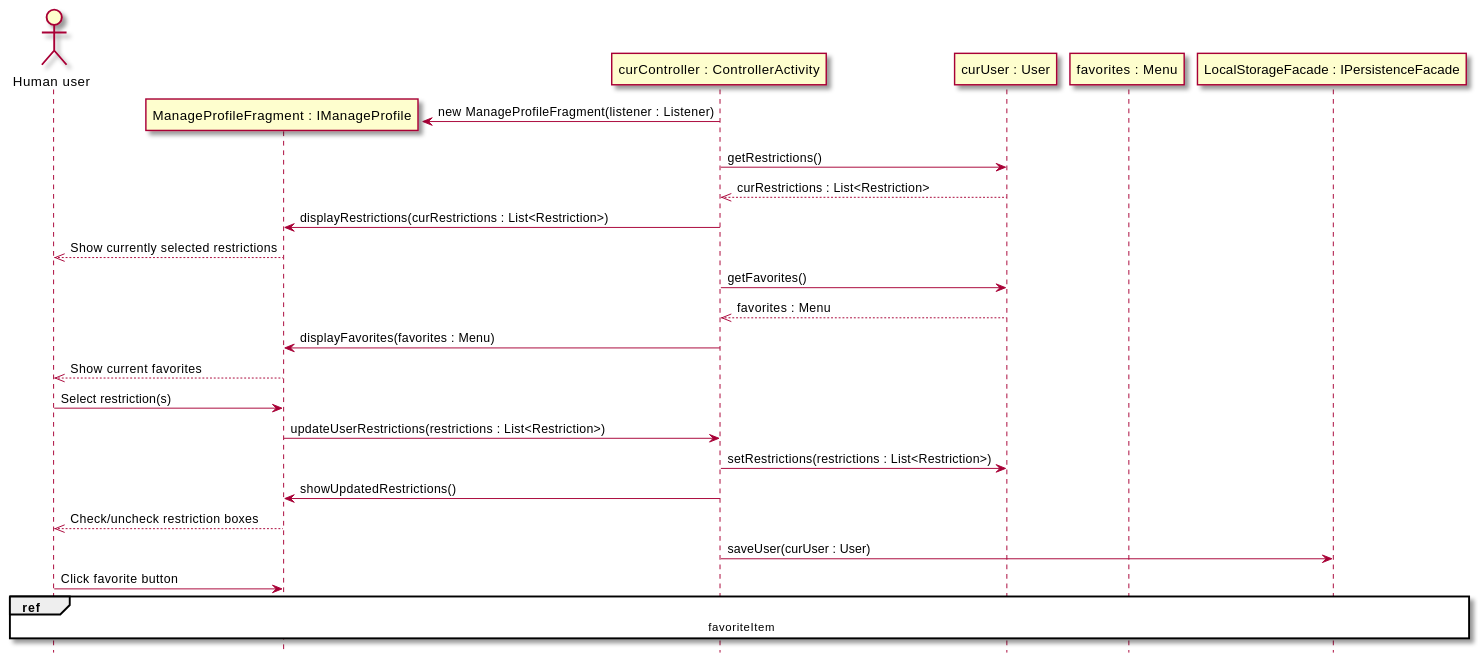
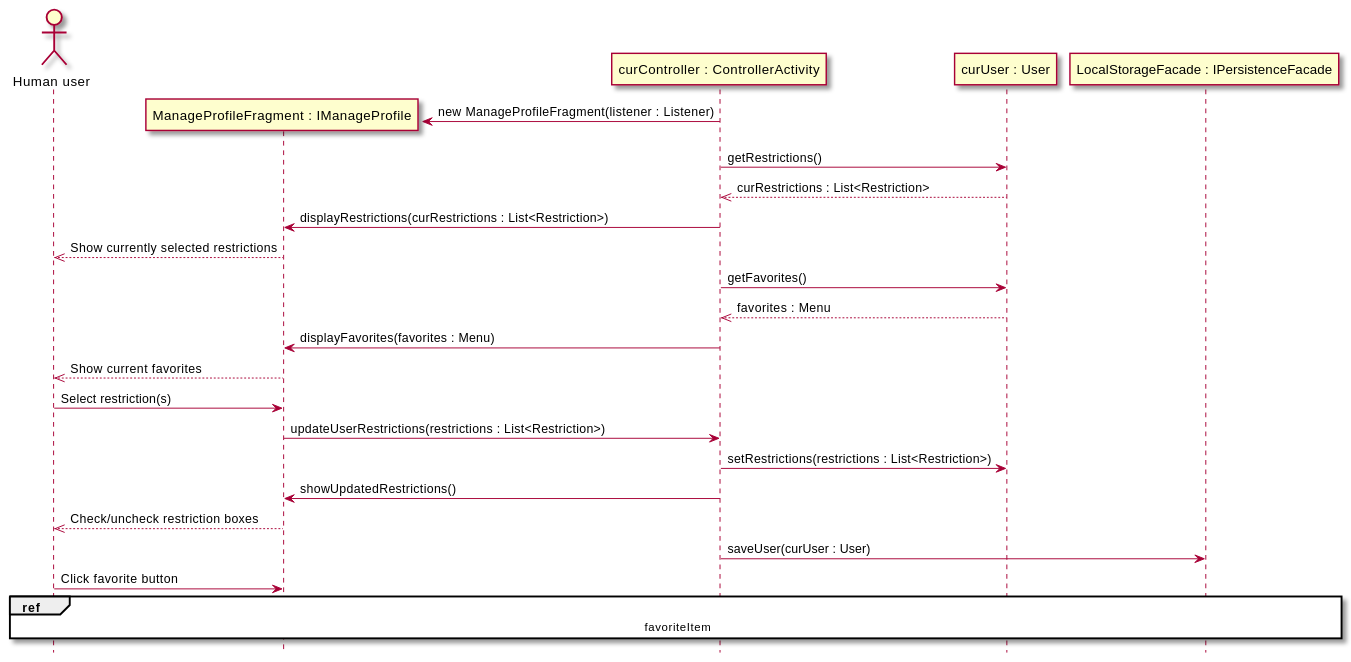
One commit to sashap100/Vassar-Dining-App changed the tenth of 10 diagrams in intellij/doc/design.md. Above: the diagram before and after it, drawn with PlantUML. The commit also changed other lines of this file, not shown here.

Commit message:
Separated class diagram into packages

````diff
--- a/intellij/doc/design.md
+++ b/intellij/doc/design.md
@@ -362,31 +460,30 @@
 ```plantuml
 @startuml
 skin rose
 hide footbox
 actor "Human user" as human
 participant "ManageProfileFragment : IManageProfile" as ui
 participant "curController : ControllerActivity" as controller
 participant "curUser : User" as user
-participant "favorites : Menu"
 participant "LocalStorageFacade : IPersistenceFacade" as persistence
 
 controller -> ui **: new ManageProfileFragment(listener : Listener)
 controller -> user : getRestrictions()
 user -->> controller : curRestrictions : List<Restriction>
 controller -> ui : displayRestrictions(curRestrictions : List<Restriction>)
 ui -->> human : Show currently selected restrictions
 controller -> user : getFavorites()
 user -->> controller : favorites : Menu
 controller -> ui : displayFavorites(favorites : Menu)
 ui -->> human : Show current favorites
 human -> ui : Select restriction(s)
 ui -> controller : updateUserRestrictions(restrictions : List<Restriction>)
 controller -> user : setRestrictions(restrictions : List<Restriction>)
 controller -> ui : showUpdatedRestrictions()
 ui -->> human : Check/uncheck restriction boxes
 controller -> persistence : saveUser(curUser : User)
 human -> ui : Click favorite button
 ref over human,ui,user,controller,persistence
     favoriteItem
 end ref
 ```
````
